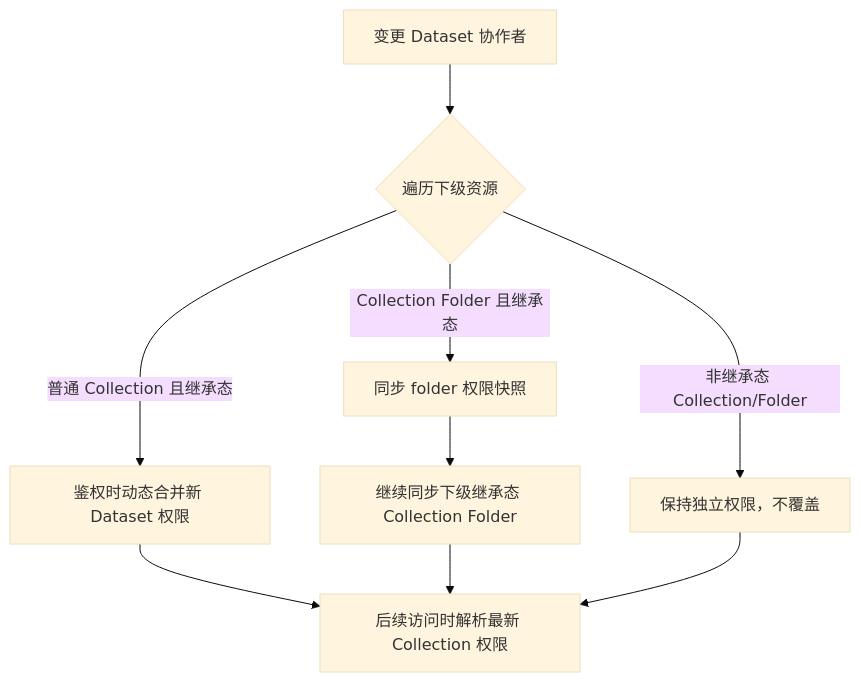
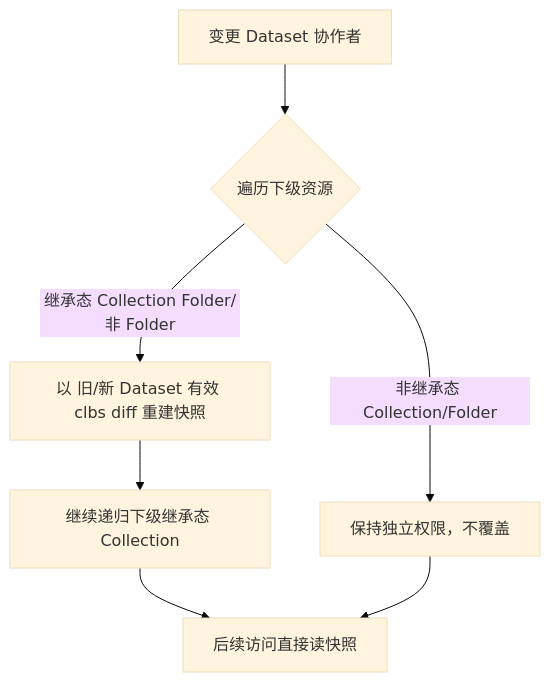
Before and after one commit to SteelHe/FastGPT: the first of 5 diagrams in doc/design/collection-permission-design.md, drawn with Mermaid (base theme). The commit also changed other lines of this file and 54 other files, not shown here.

````diff
--- a/doc/design/collection-permission-design.md
+++ b/doc/design/collection-permission-design.md
@@ -234,11 +235,9 @@
 ```mermaid
 flowchart TD
     A[变更 Dataset 协作者] --> B{遍历下级资源}
-    B -->|普通 Collection 且继承态| C[鉴权时动态合并新 Dataset 权限]
-    B -->|Collection Folder 且继承态| D[同步 folder 权限快照]
-    D --> E[继续同步下级继承态 Collection Folder]
+    B -->|继承态 Collection Folder/非 Folder| D[以 旧/新 Dataset 有效 clbs diff 重建快照]
+    D --> E[继续递归下级继承态 Collection]
     B -->|非继承态 Collection/Folder| F[保持独立权限，不覆盖]
-    C --> G[后续访问时解析最新 Collection 权限]
-    E --> G
+    E --> G[后续访问直接读快照]
     F --> G
 ```
````
